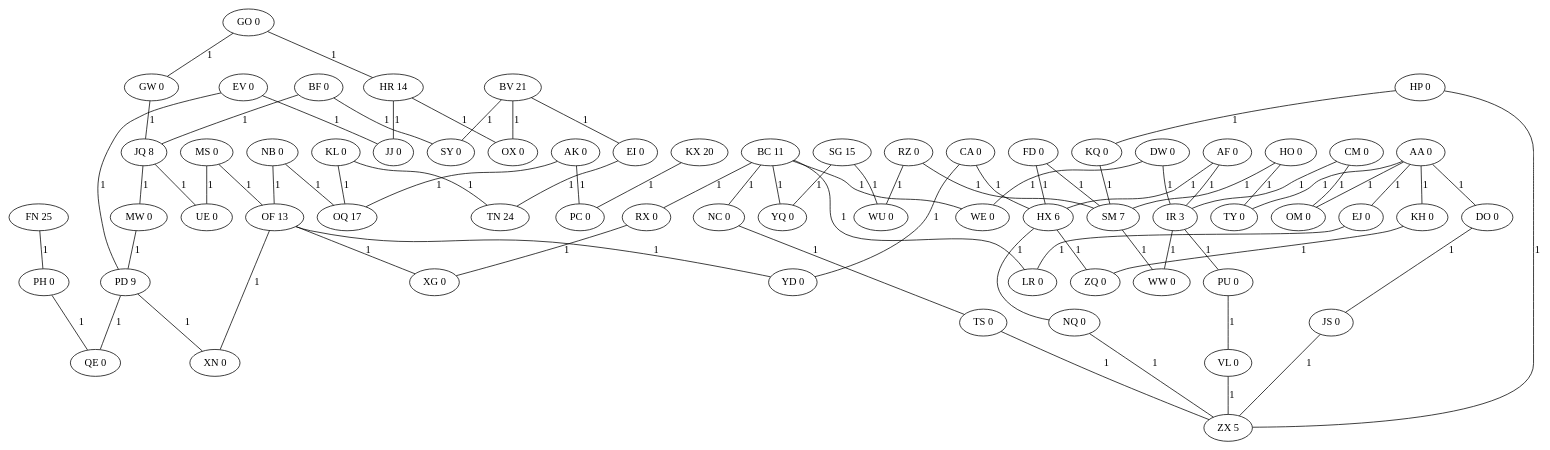
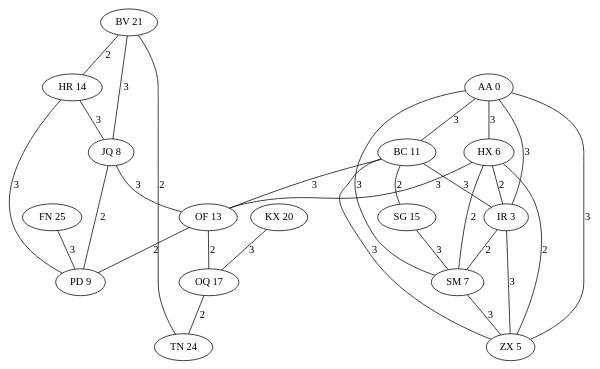
The diagram in 2022/16/input.txt.dot (mvidner/adventofcode), drawn with Graphviz before and after one commit. The commit also changed 2 other files, not shown here.

```diff
--- a/2022/16/input.txt.dot
+++ b/2022/16/input.txt.dot
@@ -1,141 +1,47 @@
 graph g {
   OQ[label="OQ 17"];
-  HP[label="HP 0"];
-    HP -- ZX [label="1"];
-    HP -- KQ [label="1"];
-  GO[label="GO 0"];
-    GO -- HR [label="1"];
-    GO -- GW [label="1"];
+    OQ -- TN [label="2"];
   PD[label="PD 9"];
-    PD -- XN [label="1"];
-    PD -- QE [label="1"];
-  NQ[label="NQ 0"];
-    NQ -- ZX [label="1"];
-  DW[label="DW 0"];
-    DW -- IR [label="1"];
-    DW -- WE [label="1"];
   TN[label="TN 24"];
-  JJ[label="JJ 0"];
-  KH[label="KH 0"];
-    KH -- ZQ [label="1"];
-  PH[label="PH 0"];
-    PH -- QE [label="1"];
-  FD[label="FD 0"];
-    FD -- SM [label="1"];
-    FD -- HX [label="1"];
   SM[label="SM 7"];
-    SM -- WW [label="1"];
-  PU[label="PU 0"];
-    PU -- VL [label="1"];
-  OM[label="OM 0"];
+    SM -- ZX [label="3"];
   KX[label="KX 20"];
-    KX -- PC [label="1"];
+    KX -- OQ [label="3"];
   IR[label="IR 3"];
-    IR -- PU [label="1"];
-    IR -- WW [label="1"];
-  XG[label="XG 0"];
-  QE[label="QE 0"];
-  GW[label="GW 0"];
-    GW -- JQ [label="1"];
-  HO[label="HO 0"];
-    HO -- SM [label="1"];
-    HO -- TY [label="1"];
-  WU[label="WU 0"];
-  MS[label="MS 0"];
-    MS -- UE [label="1"];
-    MS -- OF [label="1"];
-  JS[label="JS 0"];
-    JS -- ZX [label="1"];
-  YQ[label="YQ 0"];
-  EJ[label="EJ 0"];
-    EJ -- LR [label="1"];
-  EI[label="EI 0"];
-    EI -- TN [label="1"];
-  NC[label="NC 0"];
-    NC -- TS [label="1"];
-  AF[label="AF 0"];
-    AF -- IR [label="1"];
-    AF -- HX [label="1"];
-  OX[label="OX 0"];
-  BF[label="BF 0"];
-    BF -- JQ [label="1"];
-    BF -- SY [label="1"];
-  CA[label="CA 0"];
-    CA -- YD [label="1"];
-    CA -- HX [label="1"];
-  KQ[label="KQ 0"];
-    KQ -- SM [label="1"];
-  NB[label="NB 0"];
-    NB -- OQ [label="1"];
-    NB -- OF [label="1"];
-  SY[label="SY 0"];
+    IR -- ZX [label="3"];
+    IR -- SM [label="2"];
   AA[label="AA 0"];
-    AA -- KH [label="1"];
-    AA -- EJ [label="1"];
-    AA -- OM [label="1"];
-    AA -- TY [label="1"];
-    AA -- DO [label="1"];
+    AA -- HX [label="3"];
+    AA -- BC [label="3"];
+    AA -- IR [label="3"];
+    AA -- SM [label="3"];
+    AA -- ZX [label="3"];
   BC[label="BC 11"];
-    BC -- WE [label="1"];
-    BC -- RX [label="1"];
-    BC -- YQ [label="1"];
-    BC -- LR [label="1"];
-    BC -- NC [label="1"];
+    BC -- IR [label="3"];
+    BC -- OF [label="3"];
+    BC -- SG [label="2"];
+    BC -- ZX [label="3"];
   HR[label="HR 14"];
-    HR -- OX [label="1"];
-    HR -- JJ [label="1"];
-  WE[label="WE 0"];
-  MW[label="MW 0"];
-    MW -- PD [label="1"];
-  DO[label="DO 0"];
-    DO -- JS [label="1"];
-  PC[label="PC 0"];
-  YD[label="YD 0"];
-  RX[label="RX 0"];
-    RX -- XG [label="1"];
-  CM[label="CM 0"];
-    CM -- IR [label="1"];
-    CM -- OM [label="1"];
+    HR -- JQ [label="3"];
+    HR -- PD [label="3"];
   HX[label="HX 6"];
-    HX -- ZQ [label="1"];
-    HX -- NQ [label="1"];
-  ZQ[label="ZQ 0"];
+    HX -- ZX [label="2"];
+    HX -- IR [label="2"];
+    HX -- SM [label="2"];
+    HX -- OF [label="3"];
   BV[label="BV 21"];
-    BV -- SY [label="1"];
-    BV -- OX [label="1"];
-    BV -- EI [label="1"];
-  AK[label="AK 0"];
-    AK -- PC [label="1"];
-    AK -- OQ [label="1"];
-  UE[label="UE 0"];
-  LR[label="LR 0"];
+    BV -- JQ [label="3"];
+    BV -- HR [label="2"];
+    BV -- TN [label="2"];
   JQ[label="JQ 8"];
-    JQ -- MW [label="1"];
-    JQ -- UE [label="1"];
-  VL[label="VL 0"];
-    VL -- ZX [label="1"];
-  EV[label="EV 0"];
-    EV -- JJ [label="1"];
-    EV -- PD [label="1"];
-  TS[label="TS 0"];
-    TS -- ZX [label="1"];
-  RZ[label="RZ 0"];
-    RZ -- SM [label="1"];
-    RZ -- WU [label="1"];
+    JQ -- PD [label="2"];
+    JQ -- OF [label="3"];
   OF[label="OF 13"];
-    OF -- XG [label="1"];
-    OF -- YD [label="1"];
-    OF -- XN [label="1"];
-  WW[label="WW 0"];
-  TY[label="TY 0"];
-  XN[label="XN 0"];
+    OF -- OQ [label="2"];
+    OF -- PD [label="2"];
   SG[label="SG 15"];
-    SG -- WU [label="1"];
-    SG -- YQ [label="1"];
+    SG -- SM [label="3"];
   FN[label="FN 25"];
-    FN -- PH [label="1"];
-  KL[label="KL 0"];
-    KL -- TN [label="1"];
-    KL -- OQ [label="1"];
+    FN -- PD [label="3"];
   ZX[label="ZX 5"];
 }
```
